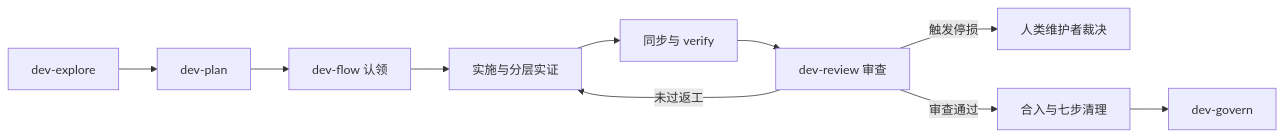
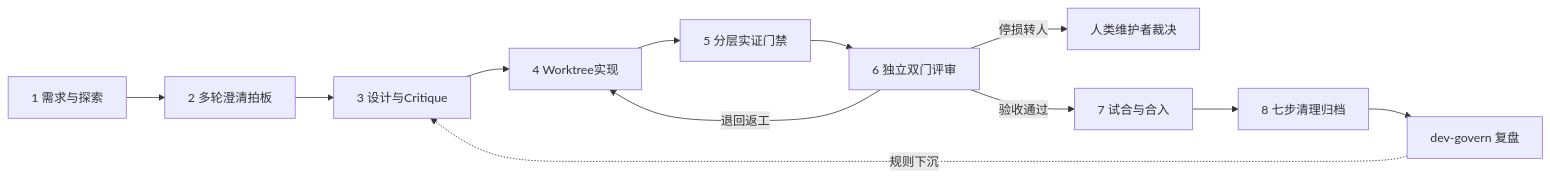
Before and after one commit to FiretrUCK666/project-forge: the fifth of 6 diagrams in docs/TDD.md, drawn with Mermaid. The commit also changed other lines of this file and 38 other files, not shown here.

Commit message:
对齐八阶段五套件契约、更新 TDD 架构图并支持总控 PRD 终态归档

````diff
--- a/docs/TDD.md
+++ b/docs/TDD.md
@@ -276,12 +278,14 @@
 ```mermaid
 flowchart LR
-  Explore["dev-explore"] --> Plan["dev-plan"]
-  Plan --> FlowStart["dev-flow 认领"]
-  FlowStart --> Code["实施与分层实证"]
-  Code --> Finalize["同步与 verify"]
-  Finalize --> Review["dev-review 审查"]
-  Review -- "未过返工" --> Code
-  Review -- "触发停损" --> Human["人类维护者裁决"]
-  Review -- "审查通过" --> Merge["合入与七步清理"]
-  Merge --> Govern["dev-govern"]
+  Req["1 需求与探索"] --> Clarify["2 多轮澄清拍板"]
+  Clarify --> Design["3 设计与Critique"]
+  Design --> Impl["4 Worktree实现"]
+  Impl --> Verify["5 分层实证门禁"]
+  Verify --> Review["6 独立双门评审"]
+  Review -- "退回返工" --> Impl
+  Review -- "停损转人" --> Human["人类维护者裁决"]
+  Review -- "验收通过" --> Merge["7 试合与合入"]
+  Merge --> Clean["8 七步清理归档"]
+  Clean --> Govern["dev-govern 复盘"]
+  Govern -. "规则下沉" .-> Design
 ```
````
